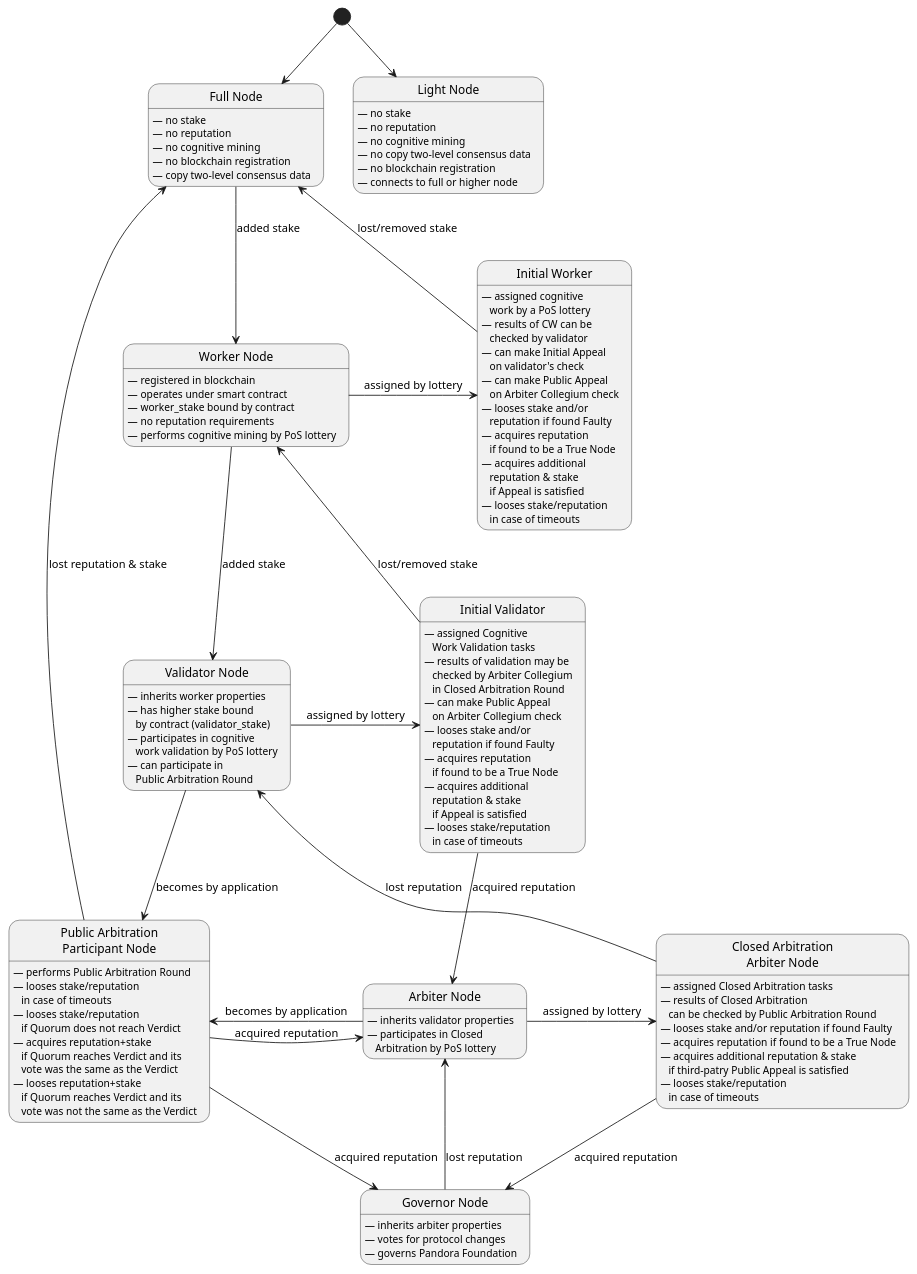
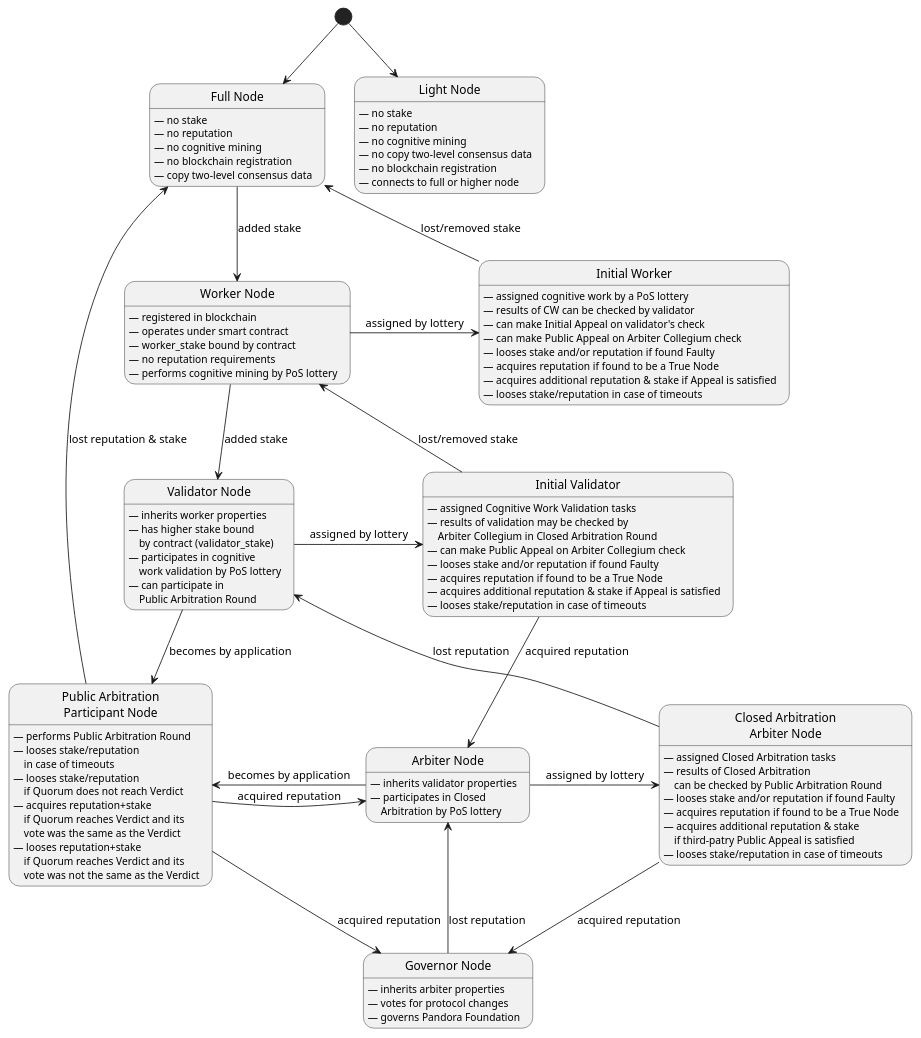
One commit to pandoraboxchain/pocw-techspecs changed the diagram in state_nodes.plantuml. Above: the diagram before and after it, drawn with PlantUML.

```diff
--- a/state_nodes.plantuml
+++ b/state_nodes.plantuml
@@ -1,96 +1,96 @@
 @startuml
 state "Light Node" as light
 
 state "Full Node" as full
 state "Worker Node" as worker
 state "Validator Node" as validator
 state "Arbiter Node" as arbiter
 state "Governor Node" as governor
 
 light: — no stake
 light: — no reputation
 light: — no cognitive mining
 light: — no copy two-level consensus data
 light: — no blockchain registration
 light: — connects to full or higher node
 
 full: — no stake
 full: — no reputation
 full: — no cognitive mining
 full: — no blockchain registration
 full: — copy two-level consensus data
 
 worker: — registered in blockchain
 worker: — operates under smart contract
 worker: — worker_stake bound by contract
 worker: — no reputation requirements
 worker: — performs cognitive mining by PoS lottery
 
 validator: — inherits worker properties
-validator: — has higher stake bound\n   by contract (validator_stake)
-validator: — participates in cognitive\n   work validation by PoS lottery
-validator: — can participate in\n   Public Arbitration Round
+validator: — has higher stake bound\n    by contract (validator_stake)
+validator: — participates in cognitive\n    work validation by PoS lottery
+validator: — can participate in\n    Public Arbitration Round
 
 arbiter: — inherits validator properties
-arbiter: — participates in Closed\n   Arbitration by PoS lottery
+arbiter: — participates in Closed\n    Arbitration by PoS lottery
 
 governor: — inherits arbiter properties
 governor: — votes for protocol changes
 governor: — governs Pandora Foundation
 
 [*] --> full
 [*] --> light
 full -down-> worker: added stake
 worker -down-> validator: added stake
 governor -up-> arbiter: lost reputation
 
 state "Initial Worker" as initialWorker
 state "Initial Validator" as initialValidator
 state "Closed Arbitration\nArbiter Node" as closedArbiter
 state "Public Arbitration\nParticipant Node" as public
 
-initialWorker: — assigned cognitive\n   work by a PoS lottery
-initialWorker: — results of CW can be\n   checked by validator
-initialWorker: — can make Initial Appeal\n   on validator's check
-initialWorker: — can make Public Appeal\n   on Arbiter Collegium check
-initialWorker: — looses stake and/or\n   reputation if found Faulty
-initialWorker: — acquires reputation\n   if found to be a True Node
-initialWorker: — acquires additional\n   reputation & stake\n   if Appeal is satisfied
-initialWorker: — looses stake/reputation\n   in case of timeouts
+initialWorker: — assigned cognitive work by a PoS lottery
+initialWorker: — results of CW can be checked by validator
+initialWorker: — can make Initial Appeal on validator's check
+initialWorker: — can make Public Appeal on Arbiter Collegium check
+initialWorker: — looses stake and/or reputation if found Faulty
+initialWorker: — acquires reputation if found to be a True Node
+initialWorker: — acquires additional reputation & stake if Appeal is satisfied
+initialWorker: — looses stake/reputation in case of timeouts
 
-initialValidator: — assigned Cognitive\n   Work Validation tasks
-initialValidator: — results of validation may be\n   checked by Arbiter Collegium\n   in Closed Arbitration Round
-initialValidator: — can make Public Appeal\n   on Arbiter Collegium check
-initialValidator: — looses stake and/or\n   reputation if found Faulty
-initialValidator: — acquires reputation\n   if found to be a True Node
-initialValidator: — acquires additional\n   reputation & stake\n   if Appeal is satisfied
-initialValidator: — looses stake/reputation\n   in case of timeouts
+initialValidator: — assigned Cognitive Work Validation tasks
+initialValidator: — results of validation may be checked by\n    Arbiter Collegium in Closed Arbitration Round
+initialValidator: — can make Public Appeal on Arbiter Collegium check
+initialValidator: — looses stake and/or reputation if found Faulty
+initialValidator: — acquires reputation if found to be a True Node
+initialValidator: — acquires additional reputation & stake if Appeal is satisfied
+initialValidator: — looses stake/reputation in case of timeouts
 
 closedArbiter: — assigned Closed Arbitration tasks
-closedArbiter: — results of Closed Arbitration\n   can be checked by Public Arbitration Round
+closedArbiter: — results of Closed Arbitration\n    can be checked by Public Arbitration Round
 closedArbiter: — looses stake and/or reputation if found Faulty
 closedArbiter: — acquires reputation if found to be a True Node
-closedArbiter: — acquires additional reputation & stake\n   if third-patry Public Appeal is satisfied
-closedArbiter: — looses stake/reputation\n   in case of timeouts
+closedArbiter: — acquires additional reputation & stake\n    if third-patry Public Appeal is satisfied
+closedArbiter: — looses stake/reputation in case of timeouts
 
 public: — performs Public Arbitration Round
-public: — looses stake/reputation\n   in case of timeouts
-public: — looses stake/reputation\n   if Quorum does not reach Verdict
-public: — acquires reputation+stake\n   if Quorum reaches Verdict and its\n   vote was the same as the Verdict
-public: — looses reputation+stake\n   if Quorum reaches Verdict and its\n   vote was not the same as the Verdict
+public: — looses stake/reputation\n    in case of timeouts
+public: — looses stake/reputation\n    if Quorum does not reach Verdict
+public: — acquires reputation+stake\n    if Quorum reaches Verdict and its\n    vote was the same as the Verdict
+public: — looses reputation+stake\n    if Quorum reaches Verdict and its\n    vote was not the same as the Verdict
 
 worker -right-> initialWorker: assigned by lottery
 validator -right-> initialValidator: assigned by lottery
 arbiter -right-> closedArbiter: assigned by lottery
 validator -right-> public: becomes by application
 arbiter -left-> public: becomes by application
 public -right-> arbiter: acquired reputation
 public -down-> governor: acquired reputation
 public -up-> full: lost reputation & stake
 
 initialWorker -up-> full: lost/removed stake
 initialValidator -up-> worker: lost/removed stake
 closedArbiter -up-> validator: lost reputation
 initialValidator -down-> arbiter: acquired reputation
 closedArbiter -down-> governor: acquired reputation
 @enduml
```
